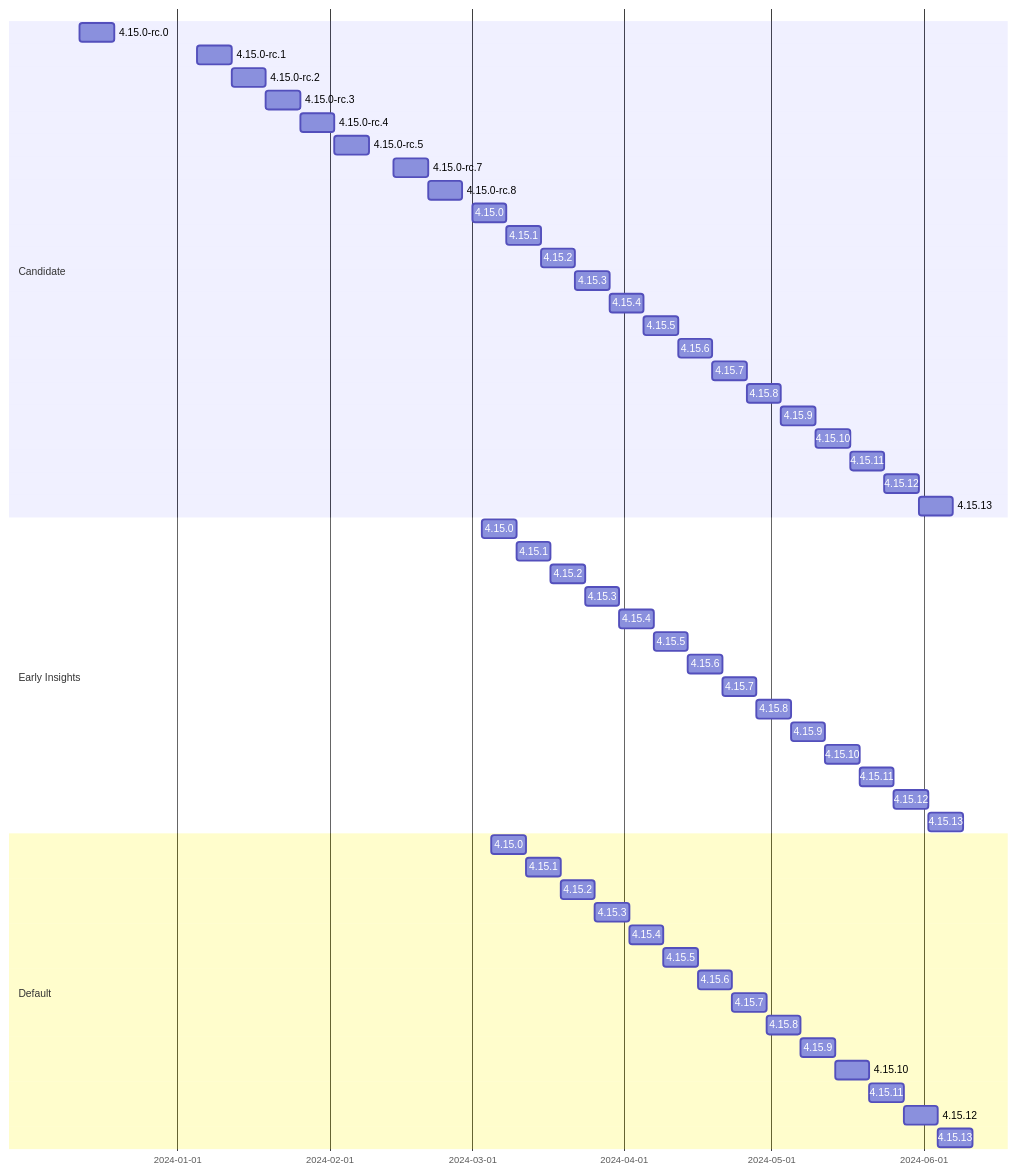
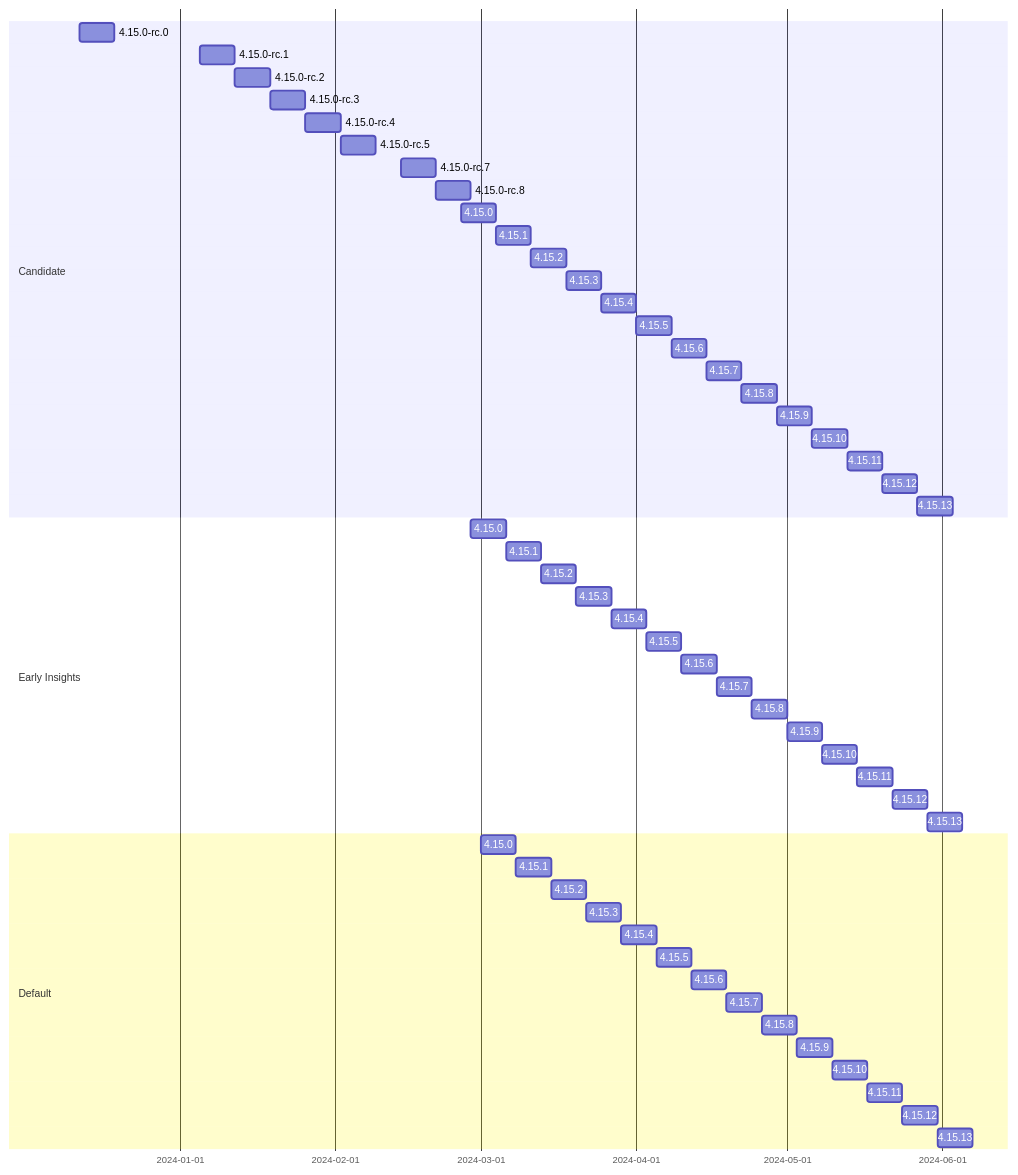
Before and after one commit to sdodson/cincinnati-graph-data: the first of 3 diagrams in policies.md, drawn with Mermaid. The commit also changed other lines of this file, not shown here.

````diff
--- a/policies.md
+++ b/policies.md
@@ -6,57 +6,57 @@
 ```mermaid
 gantt
     dateFormat  YYYY-MM-DD
     section Candidate
     4.15.0-rc.0 :c415rc0, 2023-12-12, 7d
     4.15.0-rc.1 :c415rc1, 2024-01-05, 7d
     4.15.0-rc.2 :c415rc2, 2024-01-12, 7d
     4.15.0-rc.3 :c415rc3, 2024-01-19, 7d
     4.15.0-rc.4 :c415rc4, 2024-01-26, 7d
     4.15.0-rc.5 :c415rc5, 2024-02-02, 7d
     4.15.0-rc.7 :c415rc7, 2024-02-14, 7d
     4.15.0-rc.8 :c415rc8, 2024-02-21, 7d
-    4.15.0  :c41500, 2024-03-01,7d
+    4.15.0  :c41500, 2024-02-26,7d
     4.15.1  :c41501, after c41500, 7d
     4.15.2  :c41502, after c41501, 7d
     4.15.3  :c41503, after c41502, 7d
     4.15.4  :c41504, after c41503, 7d
     4.15.5  :c41505, after c41504, 7d
     4.15.6  :c41506, after c41505, 7d
     4.15.7  :c41507, after c41506, 7d
     4.15.8  :c41508, after c41507, 7d
     4.15.9  :c41509, after c41508, 7d
     4.15.10 :c41510, after c41509, 7d
     4.15.11 :c41511, after c41510, 7d
     4.15.12 :c41512, after c41511, 7d
     4.15.13 :c41513, after c41512, 7d
     section Early Insights
-    4.15.0  :ea41500, 2024-03-03,7d
+    4.15.0  :ea41500, 2024-02-28,7d
     4.15.1  :ea41501, after ea41500, 7d
     4.15.2  :ea41502, after ea41501, 7d
     4.15.3  :ea41503, after ea41502, 7d
     4.15.4  :ea41504, after ea41503, 7d
     4.15.5  :ea41505, after ea41504, 7d
     4.15.6  :ea41506, after ea41505, 7d
     4.15.7  :ea41507, after ea41506, 7d
     4.15.8  :ea41508, after ea41507, 7d
     4.15.9  :ea41509, after ea41508, 7d
     4.15.10 :ea41510, after ea41509, 7d
     4.15.11 :ea41511, after ea41510, 7d
     4.15.12 :ea41512, after ea41511, 7d
     4.15.13 :ea41513, after ea41512, 7d
     Section Default
-    4.15.0  :d41500, 2024-03-05,7d
+    4.15.0  :d41500, 2024-03-01,7d
     4.15.1  :d41501, after d41500, 7d
     4.15.2  :d41502, after d41501, 7d
     4.15.3  :d41503, after d41502, 7d
     4.15.4  :d41504, after d41503, 7d
     4.15.5  :d41505, after d41504, 7d
     4.15.6  :d41506, after d41505, 7d
     4.15.7  :d41507, after d41506, 7d
     4.15.8  :d41508, after d41507, 7d
     4.15.9  :d41509, after d41508, 7d
     4.15.10 :d41510, after d41509, 7d
     4.15.11 :d41511, after d41510, 7d
     4.15.12 :d41512, after d41511, 7d
     4.15.13 :d41513, after d41512, 7d
 ```
````
